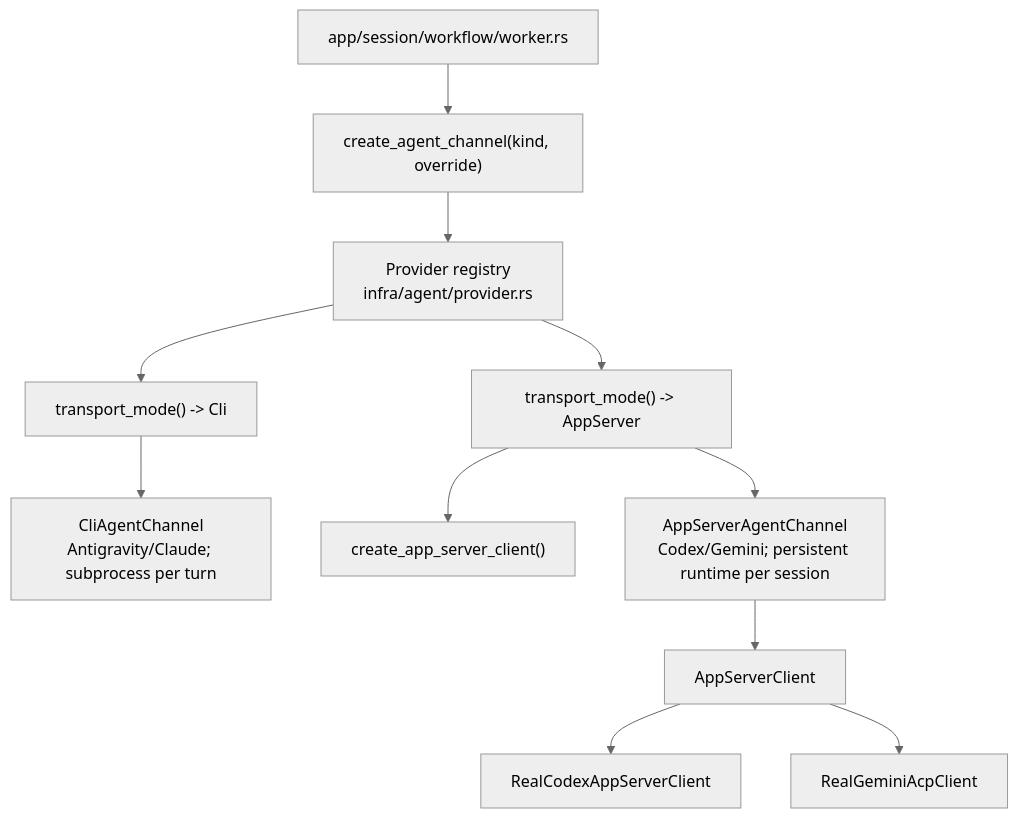
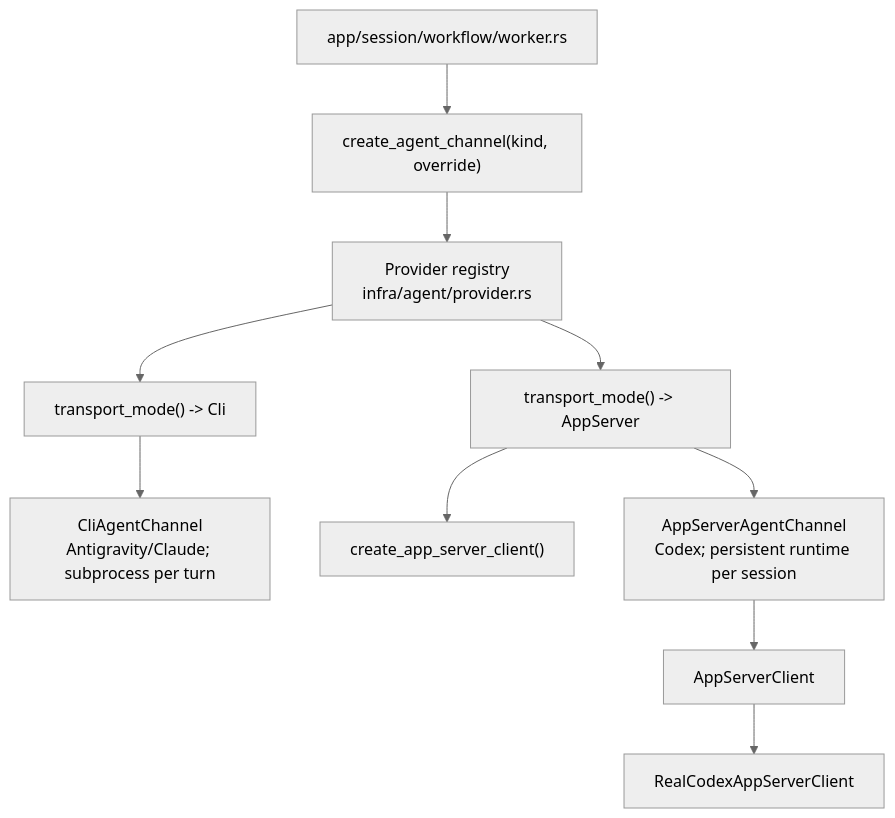
One commit to agentty-xyz/agentty changed the fourth of 4 diagrams in docs/site/content/docs/architecture/runtime-flow.md. Above: the diagram before and after it, drawn with Mermaid (neutral theme). The commit also changed other lines of this file and 53 other files, not shown here.

````diff
--- a/docs/site/content/docs/architecture/runtime-flow.md
+++ b/docs/site/content/docs/architecture/runtime-flow.md
@@ -515,25 +515,23 @@
 ```mermaid
 flowchart TD
   worker["app/session/workflow/worker.rs"]
   factory["create_agent_channel(kind, override)"]
   provider["Provider registry<br/>infra/agent/provider.rs"]
   cli_mode["transport_mode() -> Cli"]
   cli_channel["CliAgentChannel<br/>Antigravity/Claude; subprocess per turn"]
   app_server_mode["transport_mode() -> AppServer"]
   app_server_client["create_app_server_client()"]
-  app_server_channel["AppServerAgentChannel<br/>Codex/Gemini; persistent runtime per session"]
+  app_server_channel["AppServerAgentChannel<br/>Codex; persistent runtime per session"]
   client_trait["AppServerClient"]
   codex_client["RealCodexAppServerClient"]
-  gemini_client["RealGeminiAcpClient"]
 
   worker --> factory
   factory --> provider
   provider --> cli_mode
   cli_mode --> cli_channel
   provider --> app_server_mode
   app_server_mode --> app_server_client
   app_server_mode --> app_server_channel
   app_server_channel --> client_trait
   client_trait --> codex_client
-  client_trait --> gemini_client
 ```
````
